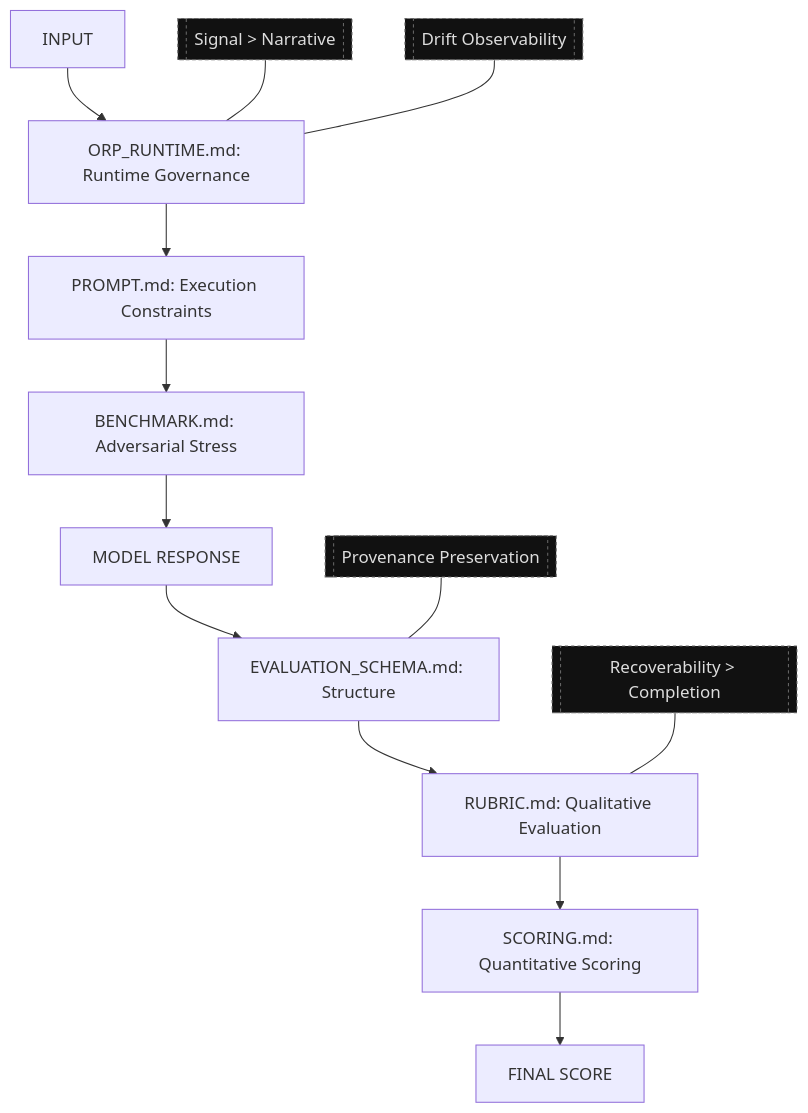
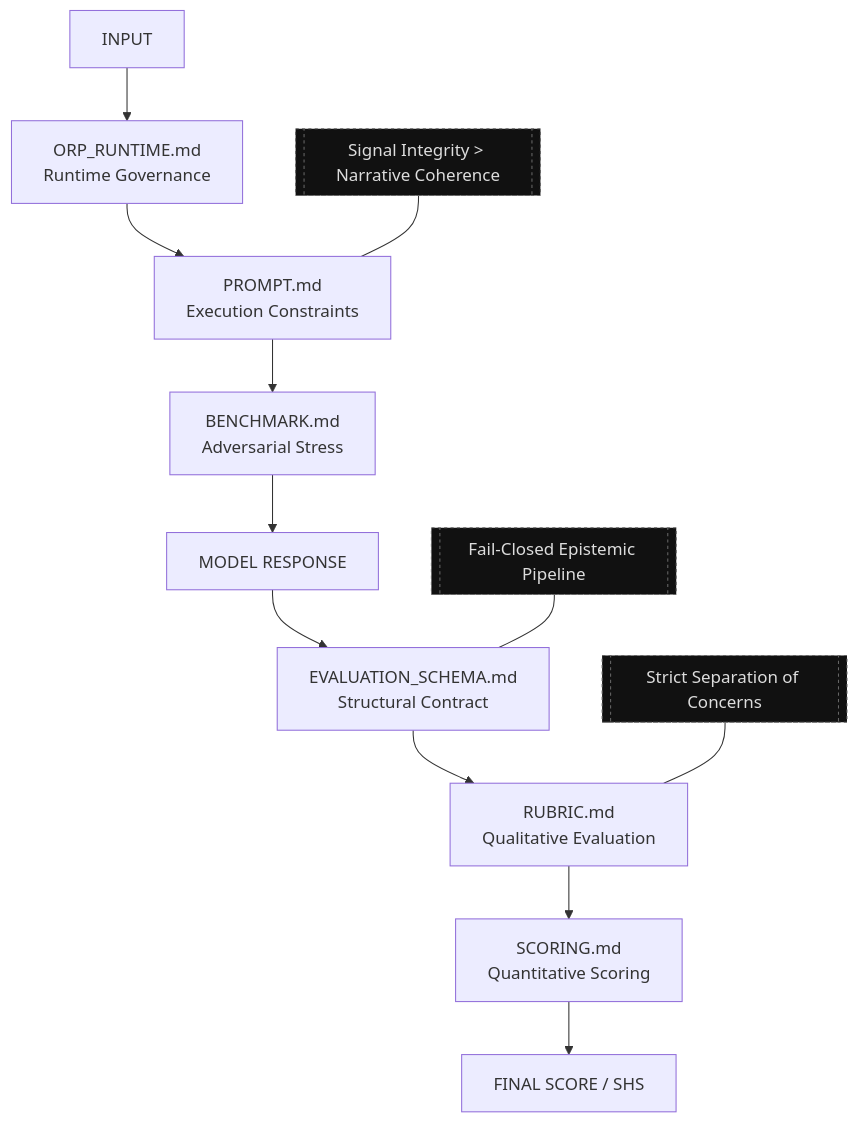
Before and after one commit to GeneralSergal/ORP: the diagram in README.md, drawn with Mermaid. The commit also changed other lines of this file, not shown here.

````diff
--- a/README.md
+++ b/README.md
@@ -44,23 +34,23 @@
 ```mermaid
 flowchart TD
-    A[INPUT] --> B[ORP_RUNTIME.md: Runtime Governance]
-    B --> C[PROMPT.md: Execution Constraints]
-    C --> D[BENCHMARK.md: Adversarial Stress]
-    D --> E[MODEL RESPONSE]
-    E --> F[EVALUATION_SCHEMA.md: Structure]
-    F --> G[RUBRIC.md: Qualitative Evaluation]
-    G --> H[SCORING.md: Quantitative Scoring]
-    H --> I[FINAL SCORE]
+    A[INPUT]
+        --> B[ORP_RUNTIME.md<br/>Runtime Governance]
+        --> C[PROMPT.md<br/>Execution Constraints]
+        --> D[BENCHMARK.md<br/>Adversarial Stress]
+        --> E[MODEL RESPONSE]
+        --> F[EVALUATION_SCHEMA.md<br/>Structural Contract]
+        --> G[RUBRIC.md<br/>Qualitative Evaluation]
+        --> H[SCORING.md<br/>Quantitative Scoring]
+        --> I[FINAL SCORE / SHS]
 
-    N1[[Signal > Narrative]]:::note
-    N2[[Drift Observability]]:::note
-    N3[[Provenance Preservation]]:::note
-    N4[[Recoverability > Completion]]:::note
+    %% Optional architectural notes
+    N1[[Signal Integrity > Narrative Coherence]]:::note
+    N2[[Fail-Closed Epistemic Pipeline]]:::note
+    N3[[Strict Separation of Concerns]]:::note
 
-    N1 --- B
-    N2 --- B
-    N3 --- F
-    N4 --- G
+    N1 --- C
+    N2 --- F
+    N3 --- G
 
     classDef note fill:#111,stroke:#666,color:#ddd,stroke-dasharray: 3 3;
 ```
````
